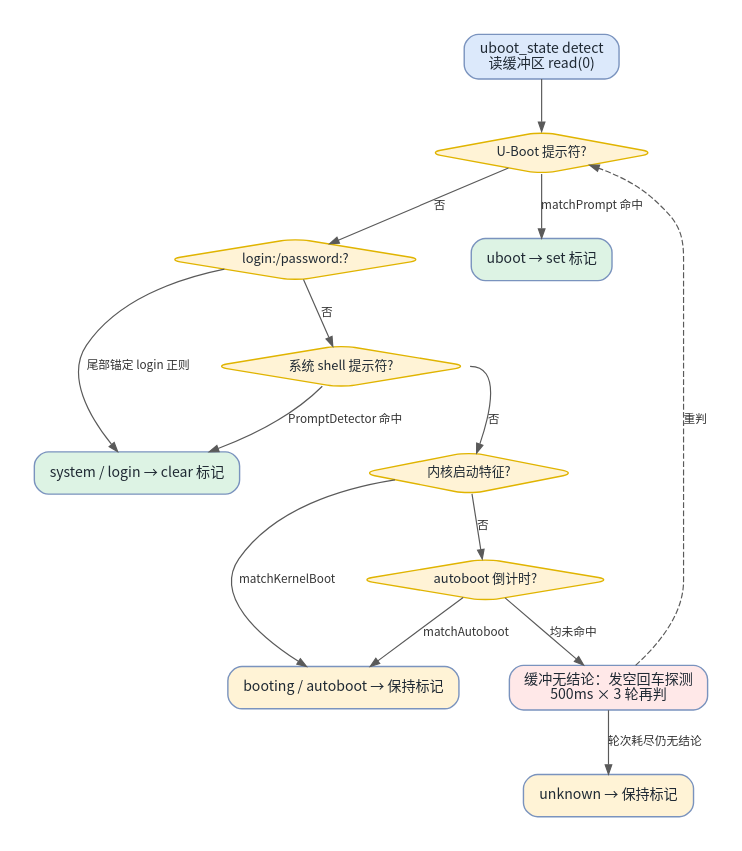
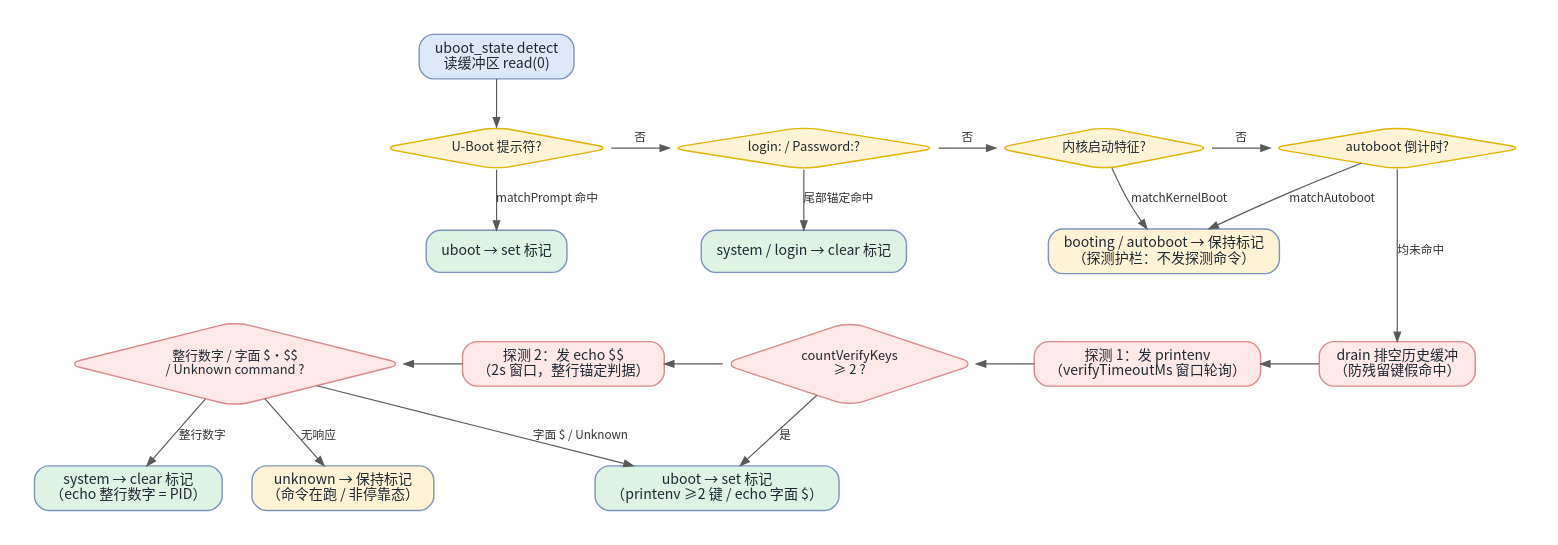
The diagram in docs/MCP-U-Boot标记机制分析/detect-classify-flow.dot (smk-h/embedded-mcp-toolkit), drawn with Graphviz before and after one commit. The commit also changed 5 other files, not shown here.

```diff
--- a/docs/MCP-U-Boot标记机制分析/detect-classify-flow.dot
+++ b/docs/MCP-U-Boot标记机制分析/detect-classify-flow.dot
@@ -1,38 +1,57 @@
 digraph detect_flow {
   fontname="Noto Sans CJK SC";
   graph [fontname="Noto Sans CJK SC", bgcolor="#FFFFFF", pad=0.3,
-         nodesep=0.55, ranksep=0.6];
+         nodesep=0.35, ranksep=0.55];
   node  [fontname="Noto Sans CJK SC", shape=box, style="rounded,filled",
          fillcolor="#F7F9FC", color="#7A93BE", fontcolor="#1F2933",
          fontsize=12, penwidth=1.2, margin="0.16,0.09"];
   edge  [fontname="Noto Sans CJK SC", color="#5A5A5A", fontcolor="#333333",
          fontsize=10, arrowsize=0.8];
 
   start  [label="uboot_state detect\n读缓冲区 read(0)", fillcolor="#DCE9FB"];
 
-  d1 [label="U-Boot 提示符?",     shape=diamond, fillcolor="#FFF3D6", color="#E0B400", fontsize=11];
-  d2 [label="login:/password:?", shape=diamond, fillcolor="#FFF3D6", color="#E0B400", fontsize=11];
-  d3 [label="系统 shell 提示符?", shape=diamond, fillcolor="#FFF3D6", color="#E0B400", fontsize=11];
-  d4 [label="内核启动特征?",      shape=diamond, fillcolor="#FFF3D6", color="#E0B400", fontsize=11];
-  d5 [label="autoboot 倒计时?",  shape=diamond, fillcolor="#FFF3D6", color="#E0B400", fontsize=11];
+  // ── 被动判定带：高置信锚点，左→右水平链，命中即向下出结论 ──
+  d1 [label="U-Boot 提示符?",      shape=diamond, fillcolor="#FFF3D6", color="#E0B400", fontsize=11];
+  d2 [label="login: / Password:?", shape=diamond, fillcolor="#FFF3D6", color="#E0B400", fontsize=11];
+  d4 [label="内核启动特征?",       shape=diamond, fillcolor="#FFF3D6", color="#E0B400", fontsize=11];
+  d5 [label="autoboot 倒计时?",    shape=diamond, fillcolor="#FFF3D6", color="#E0B400", fontsize=11];
+  { rank=same;
+    d1 -> d2 [label="否"];
+    d2 -> d4 [label="否"];
+    d4 -> d5 [label="否"];
+  }
 
-  kuboot [label="uboot → set 标记",        fillcolor="#DDF3E4"];
+  kuboot [label="uboot → set 标记", fillcolor="#DDF3E4"];
   kclear [label="system / login → clear 标记", fillcolor="#DDF3E4"];
-  ktrans [label="booting / autoboot → 保持标记", fillcolor="#FFF3D6"];
-  kunk   [label="unknown → 保持标记",       fillcolor="#FFF3D6"];
-  probe  [label="缓冲无结论：发空回车探测\n500ms × 3 轮再判", fillcolor="#FFE8E8"];
+  ktrans [label="booting / autoboot → 保持标记\n（探测护栏：不发探测命令）", fillcolor="#FFF3D6"];
 
   start -> d1;
   d1 -> kuboot [label="matchPrompt 命中"];
-  d1 -> d2     [label="否"];
-  d2 -> kclear [label="尾部锚定 login 正则"];
-  d2 -> d3     [label="否"];
-  d3 -> kclear [label="PromptDetector 命中", tailport=sw];
-  d3 -> d4     [label="否", tailport=e];
+  d2 -> kclear [label="尾部锚定命中"];
   d4 -> ktrans [label="matchKernelBoot"];
-  d4 -> d5     [label="否"];
   d5 -> ktrans [label="matchAutoboot"];
-  d5 -> probe  [label="均未命中"];
-  probe -> d1  [label="重判", style=dashed];
-  probe -> kunk [label="轮次耗尽仍无结论"];
+
+  // ── 主动探测带：蛇形第二排（右→左），dir=back 反写边保持视觉流向 ──
+  p0  [label="drain 排空历史缓冲\n（防残留键假命中）", fillcolor="#FFE8E8", color="#D98A8A"];
+  p1  [label="探测 1：发 printenv\n（verifyTimeoutMs 窗口轮询）", fillcolor="#FFE8E8", color="#D98A8A"];
+  p1d [label="countVerifyKeys\n≥ 2 ?", shape=diamond, fillcolor="#FFE8E8", color="#D98A8A", fontsize=11];
+  p2  [label="探测 2：发 echo $$\n（2s 窗口，整行锚定判据）", fillcolor="#FFE8E8", color="#D98A8A"];
+  p2d [label="整行数字 / 字面 $·$$\n/ Unknown command ?", shape=diamond, fillcolor="#FFE8E8", color="#D98A8A", fontsize=11];
+  { rank=same;
+    p1  -> p0  [dir=back];
+    p1d -> p1  [dir=back];
+    p2  -> p1d [dir=back];
+    p2d -> p2  [dir=back];
+  }
+
+  d5 -> p0 [label="均未命中", minlen=2];
+
+  kprobeU [label="uboot → set 标记\n（printenv ≥2 键 / echo 字面 $）", fillcolor="#DDF3E4"];
+  kprobeS [label="system → clear 标记\n（echo 整行数字 = PID）", fillcolor="#DDF3E4"];
+  kunk    [label="unknown → 保持标记\n（命令在跑 / 非停靠态）", fillcolor="#FFF3D6"];
+
+  p1d -> kprobeU [label="是"];
+  p2d -> kprobeS [label="整行数字"];
+  p2d -> kprobeU [label="字面 $ / Unknown"];
+  p2d -> kunk    [label="无响应"];
 }
```
